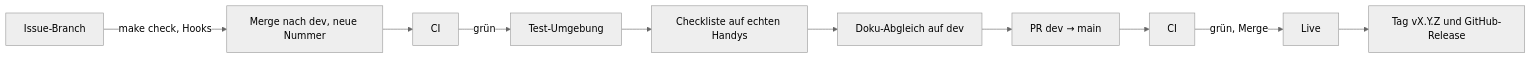
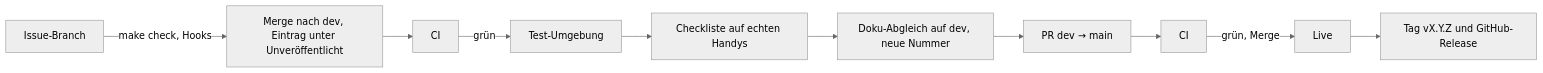
Before and after one commit to konstantinniedermann/tco-app: the diagram in docs/ci-cd-und-release.md, drawn with Mermaid (neutral theme). The commit also changed other lines of this file and 1 other file, not shown here.

````diff
--- a/docs/ci-cd-und-release.md
+++ b/docs/ci-cd-und-release.md
@@ -43,12 +43,12 @@
 ```mermaid
 flowchart LR
-  B[Issue-Branch] -->|make check, Hooks| D[Merge nach dev, neue Nummer]
+  B[Issue-Branch] -->|make check, Hooks| D[Merge nach dev, Eintrag unter Unveröffentlicht]
   D --> C1[CI]
   C1 -->|grün| T[Test-Umgebung]
   T --> K[Checkliste auf echten Handys]
-  K --> A[Doku-Abgleich auf dev]
+  K --> A[Doku-Abgleich auf dev, neue Nummer]
   A --> P[PR dev → main]
   P --> C2[CI]
   C2 -->|grün, Merge| L[Live]
   L --> V[Tag vX.Y.Z und GitHub-Release]
 ```
````
